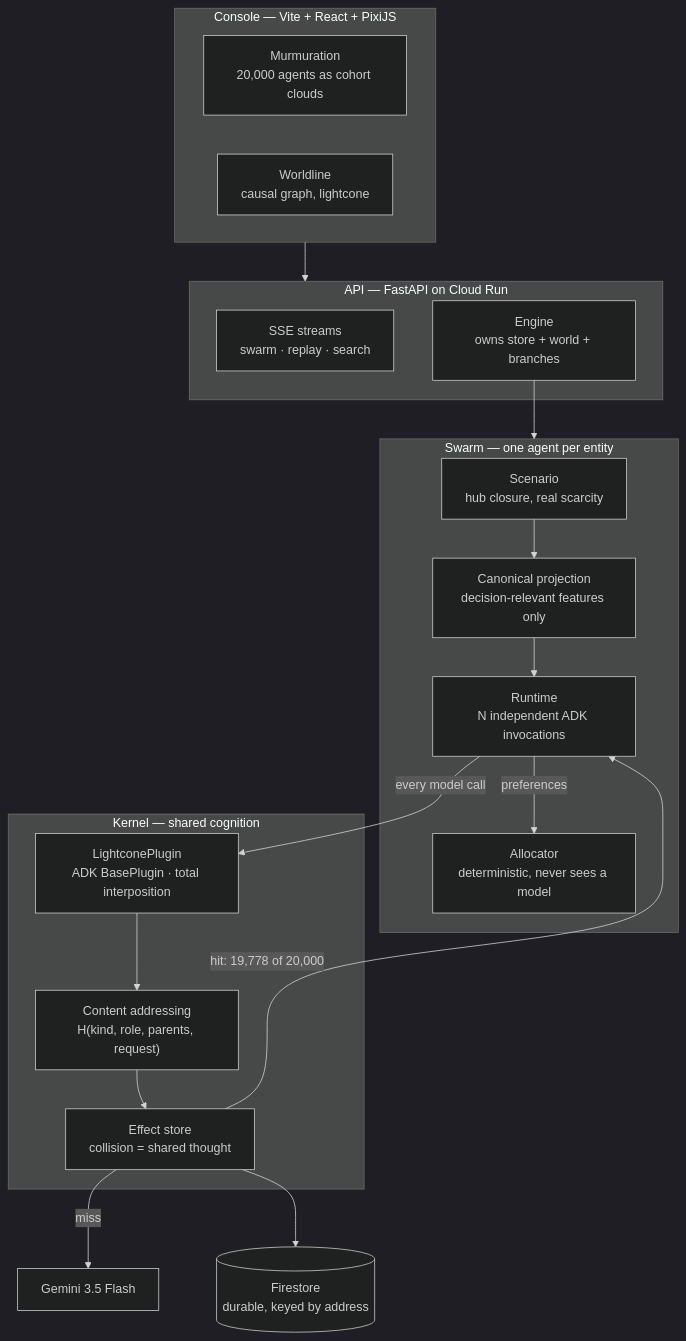
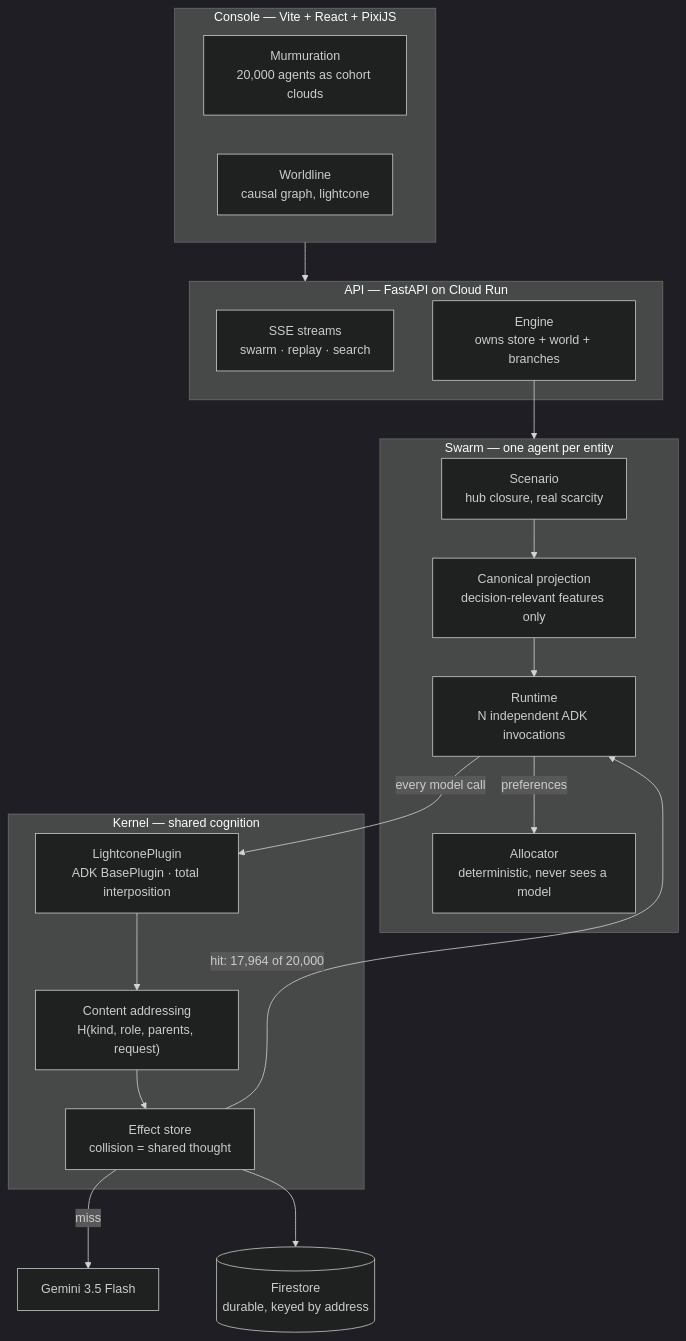
Before and after one commit to iamdflame/chorus: the diagram in docs/ARCHITECTURE.md, drawn with Mermaid (dark theme). The commit also changed 2 other files, not shown here.

Commit message:
docs: stop claiming a CI that this account cannot run
GitHub Actions reports 'the job was not started because your account is locked
due to a billing issue' — three consecutive runs, none of which executed a step.
The workflow is correct and every step passes locally, but 'runs in CI on every
push' was not a true statement about this repository, so it is gone.

Also corrects the tests badge from 57 to 306, and syncs the architecture
diagram, which still showed the v1 hit and miss counts.

````diff
--- a/docs/ARCHITECTURE.md
+++ b/docs/ARCHITECTURE.md
@@ -5,38 +5,38 @@
 ```mermaid
 flowchart TB
     subgraph console["Console — Vite + React + PixiJS"]
         MU["Murmuration<br/>20,000 agents as cohort clouds"]
         WL["Worldline<br/>causal graph, lightcone"]
     end
 
     subgraph api["API — FastAPI on Cloud Run"]
         SSE["SSE streams<br/>swarm · replay · search"]
         ENG["Engine<br/>owns store + world + branches"]
     end
 
     subgraph swarm["Swarm — one agent per entity"]
         SC["Scenario<br/>hub closure, real scarcity"]
         CP["Canonical projection<br/>decision-relevant features only"]
         RT["Runtime<br/>N independent ADK invocations"]
         AL["Allocator<br/>deterministic, never sees a model"]
     end
 
     subgraph kernel["Kernel — shared cognition"]
         IP["LightconePlugin<br/>ADK BasePlugin · total interposition"]
         AD["Content addressing<br/>H(kind, role, parents, request)"]
         ST["Effect store<br/>collision = shared thought"]
     end
 
     GEM["Gemini 3.5 Flash"]
     FS[("Firestore<br/>durable, keyed by address")]
 
     console --> api
     ENG --> swarm
     SC --> CP --> RT
     RT -->|every model call| IP
     IP --> AD --> ST
     ST -->|miss| GEM
-    ST -->|hit: 19,778 of 20,000| RT
+    ST -->|hit: 17,964 of 20,000| RT
     RT -->|preferences| AL
     ST --> FS
 ```
````
